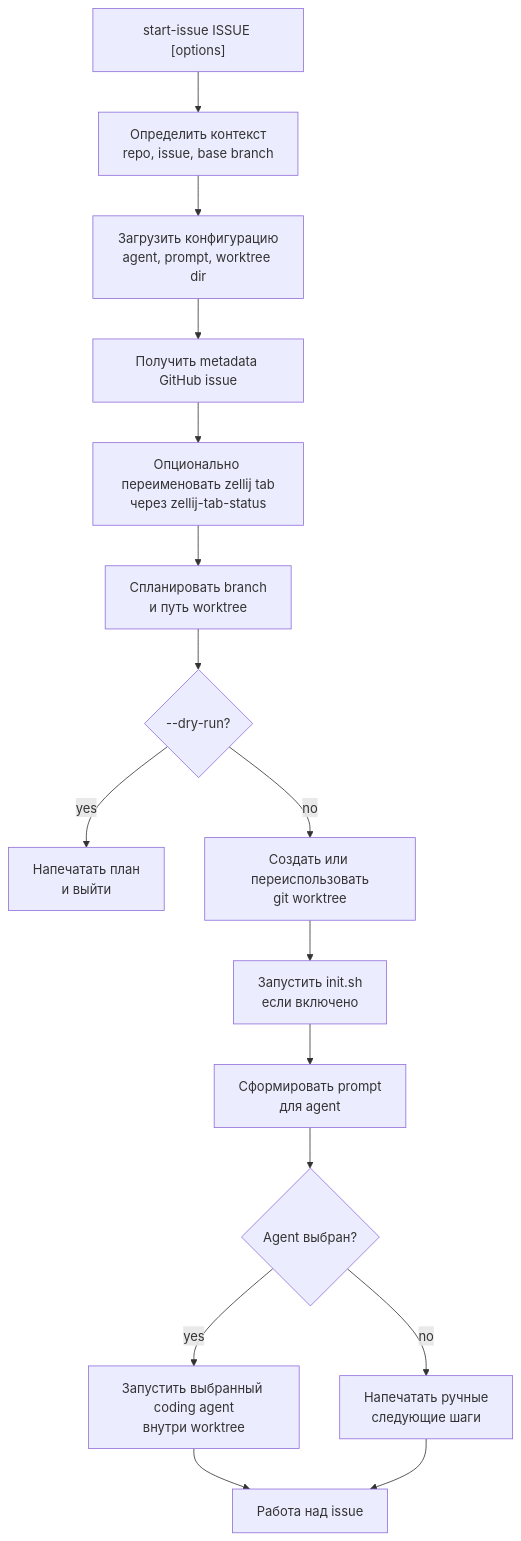
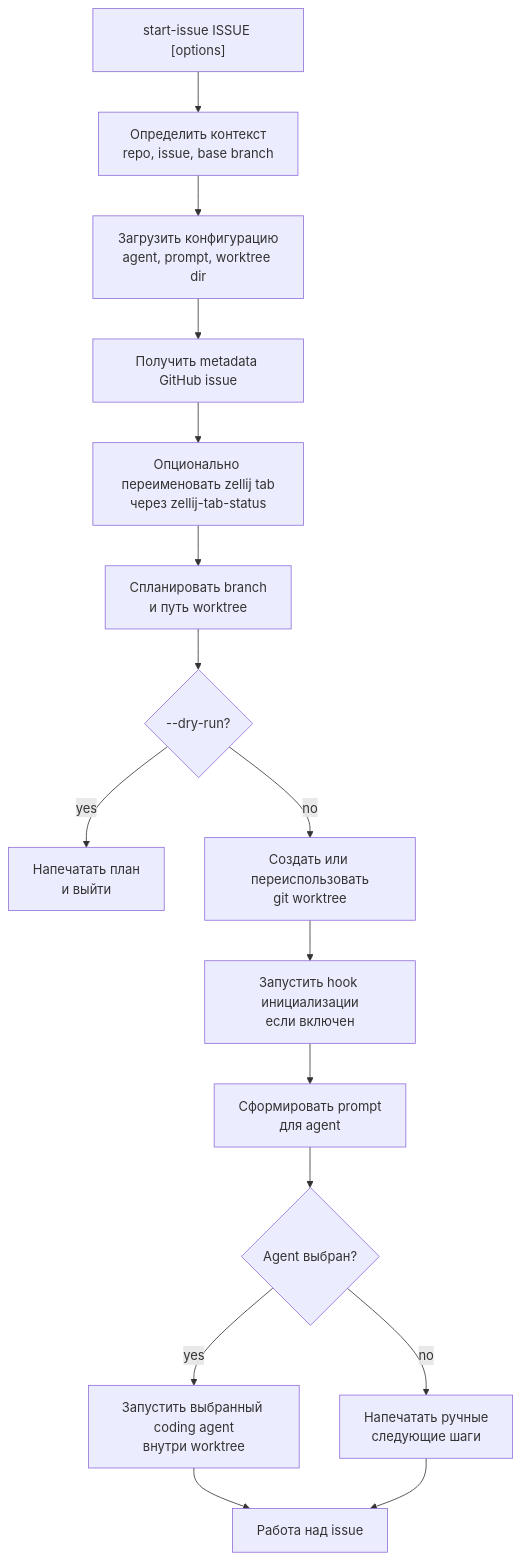
Before and after one commit to dapi/start-issue: the diagram in README.ru.md, drawn with Mermaid. The commit also changed other lines of this file and 72 other files, not shown here.

````diff
--- a/README.ru.md
+++ b/README.ru.md
@@ -174,22 +180,22 @@
 ```mermaid
 flowchart TD
     A["start-issue ISSUE [options]"] --> B["Определить контекст<br/>repo, issue, base branch"]
     B --> C["Загрузить конфигурацию<br/>agent, prompt, worktree dir"]
     C --> D["Получить metadata GitHub issue"]
     D --> Z["Опционально переименовать zellij tab<br/>через zellij-tab-status"]
     Z --> E["Спланировать branch<br/>и путь worktree"]
     E --> F{"--dry-run?"}
 
     F -- yes --> G["Напечатать план<br/>и выйти"]
     F -- no --> H["Создать или переиспользовать<br/>git worktree"]
 
-    H --> I["Запустить init.sh<br/>если включено"]
+    H --> I["Запустить hook инициализации<br/>если включен"]
     I --> J["Сформировать prompt<br/>для agent"]
     J --> K{"Agent выбран?"}
 
     K -- yes --> L["Запустить выбранный coding agent<br/>внутри worktree"]
     K -- no --> M["Напечатать ручные<br/>следующие шаги"]
 
     L --> N["Работа над issue"]
     M --> N
 ```
````
